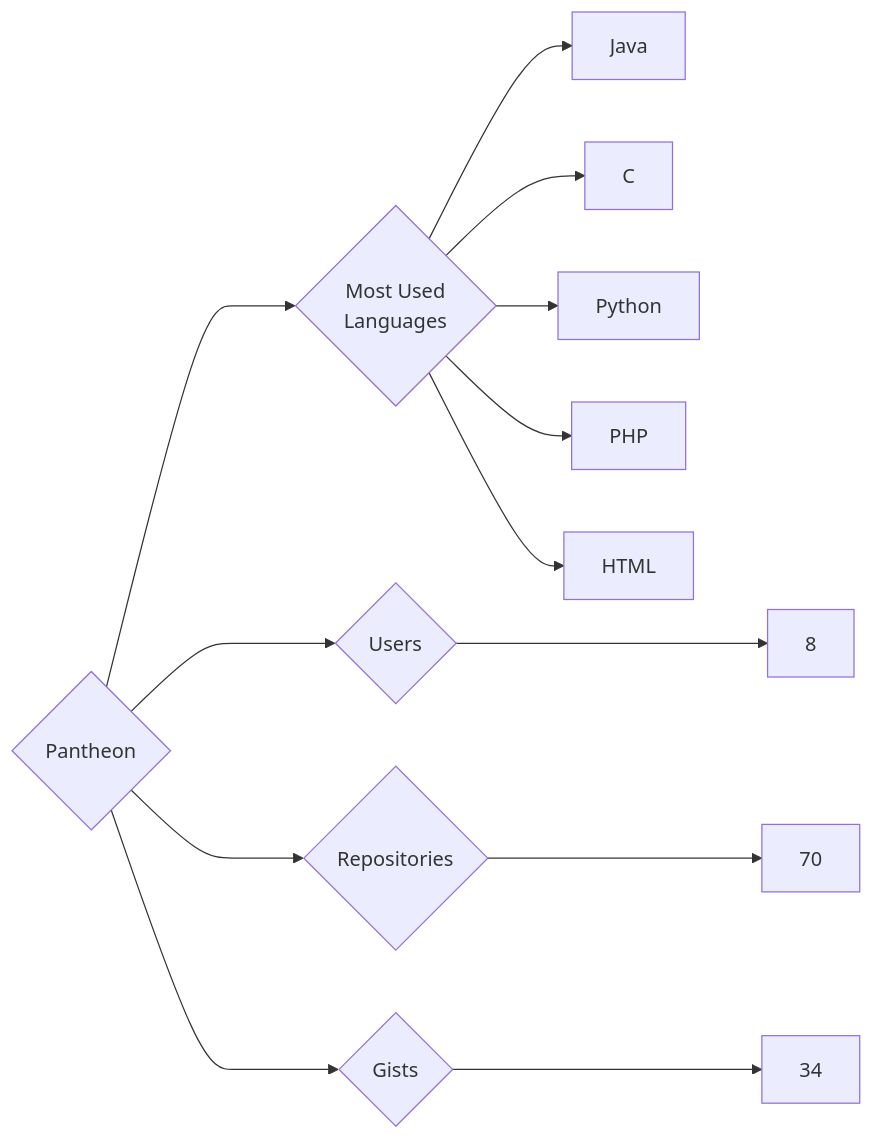
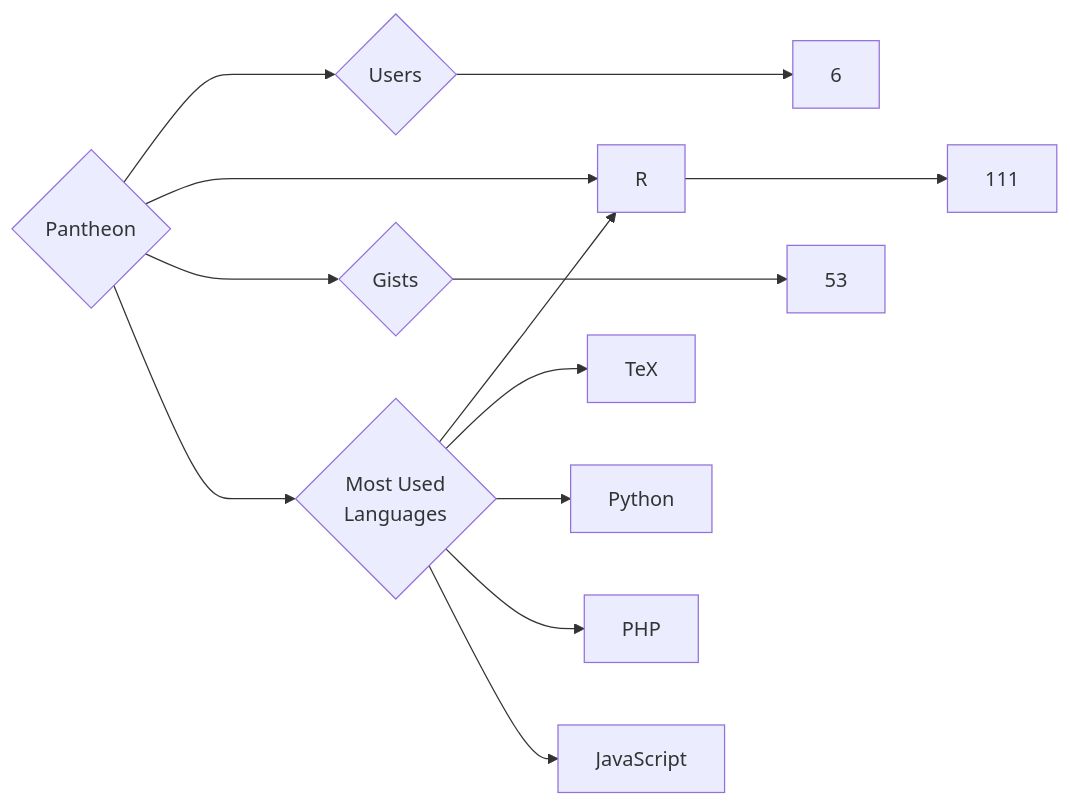
Before and after one commit to trickest/insiders: the diagram in targets/Pantheon/README.md, drawn with Mermaid. The commit also changed 870 other files, not shown here.

````diff
--- a/targets/Pantheon/README.md
+++ b/targets/Pantheon/README.md
@@ -3,13 +3,13 @@
 ```mermaid
 graph LR
 COMPANY_NAME{Pantheon}
-COMPANY_NAME ---> U{Users} ---> UN[8]
-COMPANY_NAME ---> R{Repositories} ---> RN[70]
-COMPANY_NAME ---> G{Gists} ---> GN[34]
+COMPANY_NAME ---> U{Users} ---> UN[6]
+COMPANY_NAME ---> R{Repositories} ---> RN[111]
+COMPANY_NAME ---> G{Gists} ---> GN[53]
 COMPANY_NAME ---> ML{Most Used<br>Languages}
-ML --> Java[Java]
-ML --> C[C]
+ML --> R[R]
+ML --> TeX[TeX]
 ML --> Python[Python]
 ML --> PHP[PHP]
-ML --> HTML[HTML]
+ML --> JavaScript[JavaScript]
 ```
````
